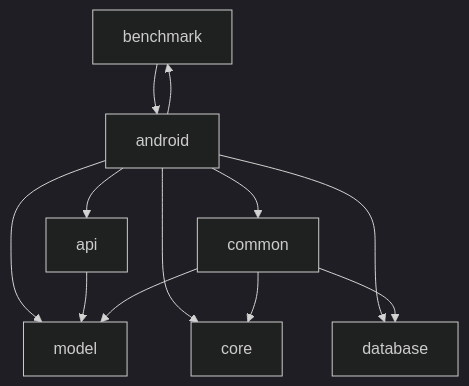
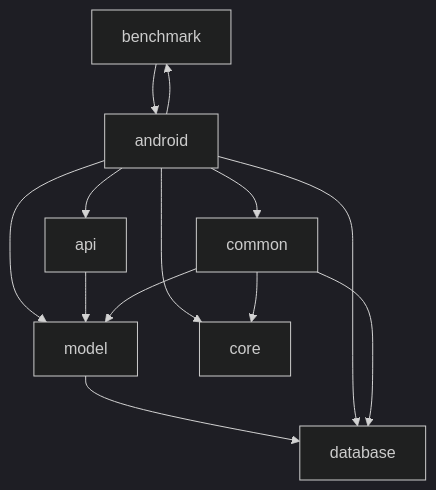
One commit to msfjarvis/compose-lobsters changed the diagram in README.md. Above: the diagram before and after it, drawn with Mermaid. The commit also changed other lines of this file and 1 other file, not shown here.

Commit message:
chore(README): refresh module graph graphic

````diff
--- a/README.md
+++ b/README.md
@@ -19,22 +19,22 @@
 ```mermaid
 %%{
   init: {
     'theme': 'dark'
   }
 }%%
 
 graph TB
 
+  model --> database
   benchmark --> android
   android --> api
   android --> common
   android --> core
   android --> database
   android --> model
   android --> benchmark
   api --> model
   common --> core
   common --> database
   common --> model
-
 ```
````
